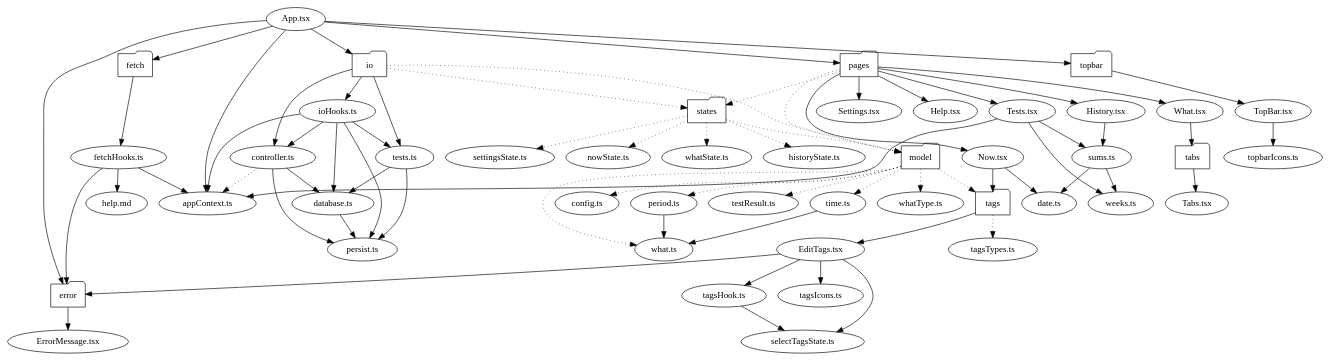
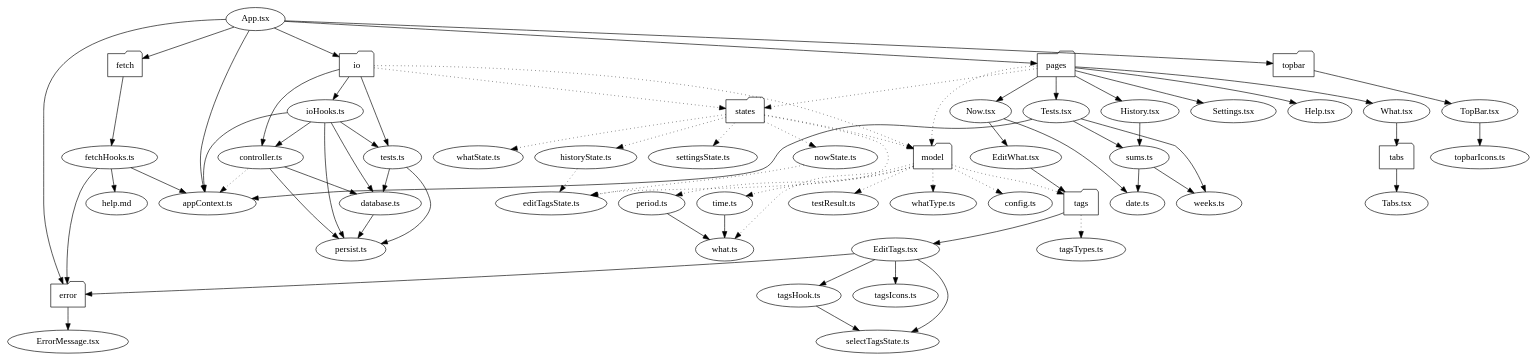
Before and after one commit to cwellsx/time: the diagram in dependencies/dependencies.dot, drawn with Graphviz. The commit also changed 6 other files, not shown here.

Commit message:
Refactor EditWhat as a separate component

```diff
--- a/dependencies/dependencies.dot
+++ b/dependencies/dependencies.dot
@@ -1,69 +1,71 @@
 digraph SRC {
   "App.tsx" -> {"error" "fetch" "io" "pages" "topbar" "appContext.ts"};
   "appContext.ts" -> {};
 
   "error" [shape=folder];
   "fetch" [shape=folder];
   "io" [shape=folder];
   "model" [shape=folder];
   "pages" [shape=folder];
   "states" [shape=folder];
   "tabs" [shape=folder];
   "tags" [shape=folder];
   "topbar" [shape=folder];
   
   "error" -> {"ErrorMessage.tsx"};
   "ErrorMessage.tsx" -> {};
 
   "fetch" -> {"fetchHooks.ts"};
   "fetchHooks.ts" -> {"error" "help.md" "appContext.ts"}
   "help.md" -> {}
 
   "io" -> {"controller.ts" "ioHooks.ts" "tests.ts"};
   "io" -> {"model" "states"} [style=dotted];
   "controller.ts" -> {"persist.ts" "database.ts"};
   "controller.ts" -> {"appContext.ts"} [style=dotted];
   "database.ts" -> {"persist.ts"};
   "ioHooks.ts" -> {"controller.ts" "database.ts" "persist.ts" "tests.ts" "appContext.ts"};
   "tests.ts" -> {"database.ts" "persist.ts"};
   "persist.ts" -> {}
 
   "model" -> {"config.ts" "period.ts" "testResult.ts" "time.ts" "tags" "whatType.ts" "what.ts"} [style=dotted];
   "config.ts" -> {};
   "period.ts" -> {"what.ts"};
   "testResult.ts" -> {};
   "time.ts" -> {"what.ts"};
   "what.ts" -> {};
   "whatType.ts" -> {};
 
   "pages" -> {"Now.tsx" "What.tsx" "History.tsx" "Settings.tsx" "Help.tsx" "Tests.tsx"};
   "pages" -> {"model" "states"} [style=dotted];
   "date.ts" -> {};
-  "Now.tsx" -> {"date.ts" "tags"};
+  "Now.tsx" -> {"date.ts" "EditWhat.tsx"};
   "What.tsx" -> {"tabs"};
   "History.tsx" -> {"sums.ts"};
   "Settings.tsx" -> {};
   "Help.tsx" -> {};
   "Tests.tsx" -> {"weeks.ts" "sums.ts" "appContext.ts"};
   "sums.ts" -> {"weeks.ts" "date.ts"};
+  "EditWhat.tsx" -> {"tags"};
 
-  "states" -> {"nowState.ts" "whatState.ts" "historyState.ts" "settingsState.ts" "model"} [style=dotted];
-  "nowState.ts" -> {};
+  "states" -> {"nowState.ts" "whatState.ts" "historyState.ts" "settingsState.ts" "editTagsState.ts" "model"} [style=dotted];
+  "nowState.ts" -> {"editTagsState.ts"} [style=dotted];
   "whatState.ts" -> {};
-  "historyState.ts" -> {};
+  "historyState.ts" -> {"editTagsState.ts"} [style=dotted];
   "settingsState.ts" -> {};
+  "editTagsState.ts" -> {};
 
   "tabs" -> {"Tabs.tsx"};
   "Tabs.tsx" -> {};
 
   "tags" -> {"EditTags.tsx"};
   "tags" -> {"tagsTypes.ts"} [style=dotted];
   "EditTags.tsx" -> {"error" "selectTagsState.ts" "tagsHook.ts" "tagsIcons.ts"};
   "tagsHook.ts" -> {"selectTagsState.ts"};
   "tagsIcons.ts" -> {};
   "tagsTypes.ts" -> {};
 
   "topbar" -> {"TopBar.tsx"};
   "TopBar.tsx" -> {"topbarIcons.ts"};
   "topbarIcons.ts" -> {};
 }
```
